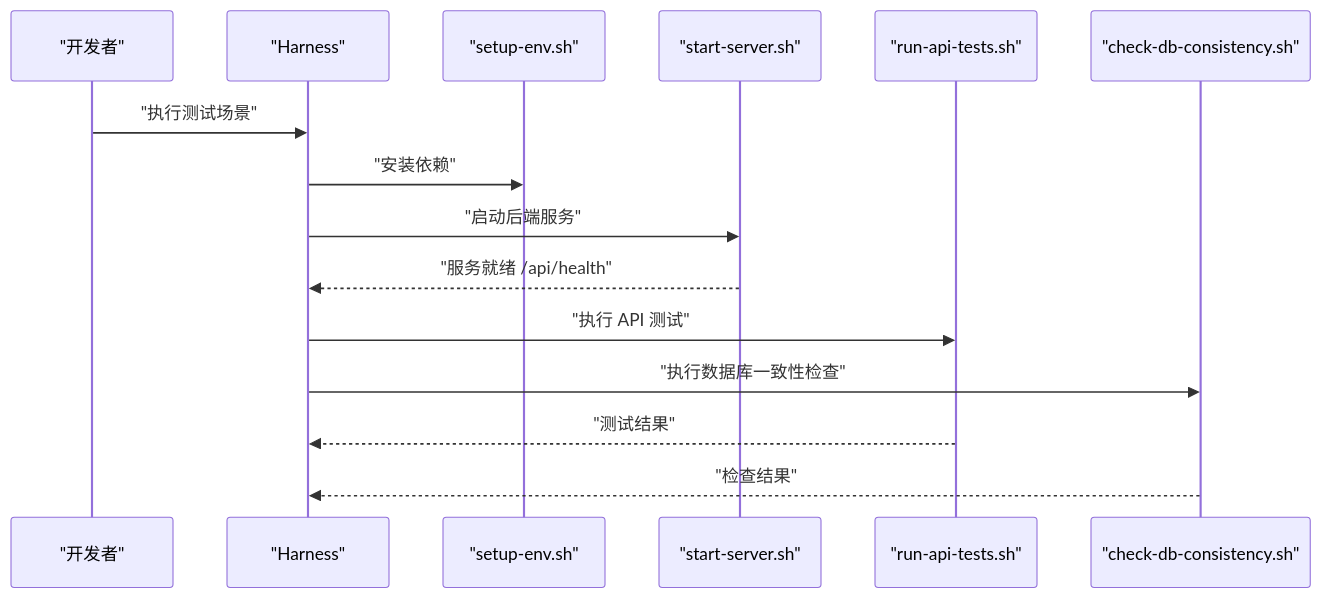
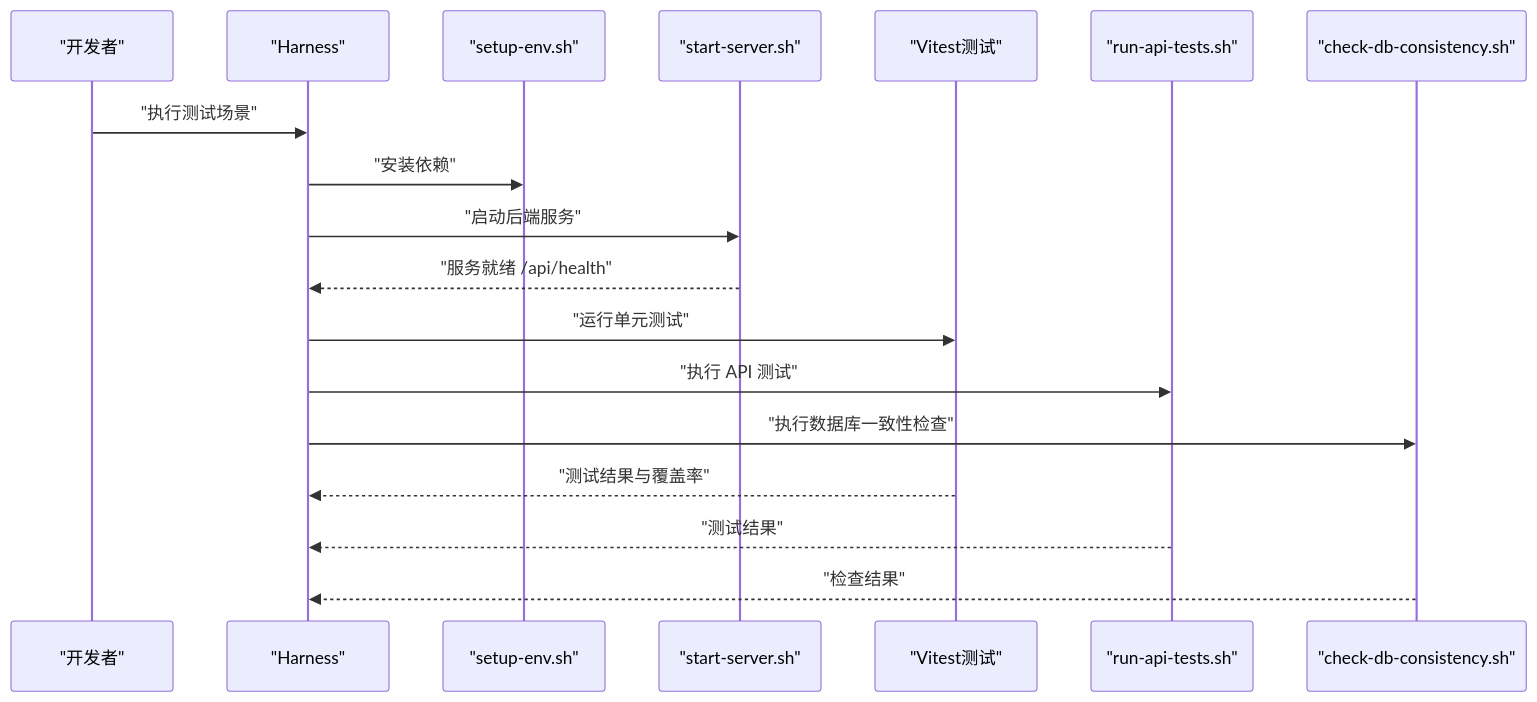
The fifth of 7 diagrams in .qoder/repowiki/zh/content/测试策略/测试策略.md (dawny123123/StarParadise), drawn with Mermaid before and after one commit. The commit also changed other lines of this file and 102 other files, not shown here.

````diff
--- a/.qoder/repowiki/zh/content/测试策略/测试策略.md
+++ b/.qoder/repowiki/zh/content/测试策略/测试策略.md
@@ -245,17 +293,20 @@
 ```mermaid
 sequenceDiagram
 participant Dev as "开发者"
 participant Harness as "Harness"
 participant Setup as "setup-env.sh"
 participant Start as "start-server.sh"
+participant Vitest as "Vitest测试"
 participant API as "run-api-tests.sh"
 participant DB as "check-db-consistency.sh"
 Dev->>Harness : "执行测试场景"
 Harness->>Setup : "安装依赖"
 Harness->>Start : "启动后端服务"
 Start-->>Harness : "服务就绪 /api/health"
+Harness->>Vitest : "运行单元测试"
 Harness->>API : "执行 API 测试"
 Harness->>DB : "执行数据库一致性检查"
+Vitest-->>Harness : "测试结果与覆盖率"
 API-->>Harness : "测试结果"
 DB-->>Harness : "检查结果"
 ```
````
